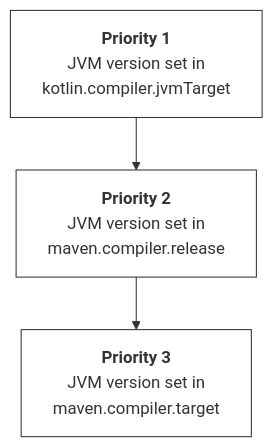
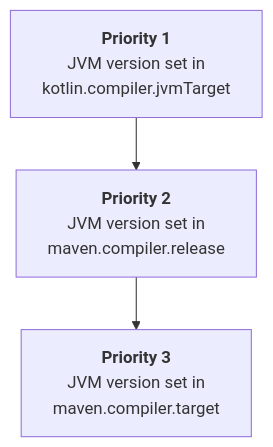
One commit to JetBrains/kotlin-web-site changed the first of 2 diagrams in docs/topics/maven/maven-configure-project.md. Above: the diagram before and after it, drawn with Mermaid.

````diff
--- a/docs/topics/maven/maven-configure-project.md
+++ b/docs/topics/maven/maven-configure-project.md
@@ -70,13 +70,9 @@
 ```mermaid
 graph TD
     A["<b>Priority 1</b><br/>JVM version set in</br>kotlin.compiler.jvmTarget"]
     B["<b>Priority 2</b><br/>JVM version set in</br>maven.compiler.release"]
     C["<b>Priority 3</b><br/>JVM version set in</br>maven.compiler.target"]
 
     A --> B
     B --> C
-
-    %% Clean design for exactly 3 blocks
-    classDef cleanBlock fill:#fff,stroke:#333,stroke-width:1px;
-    class A,B,C cleanBlock;
 ```
````
